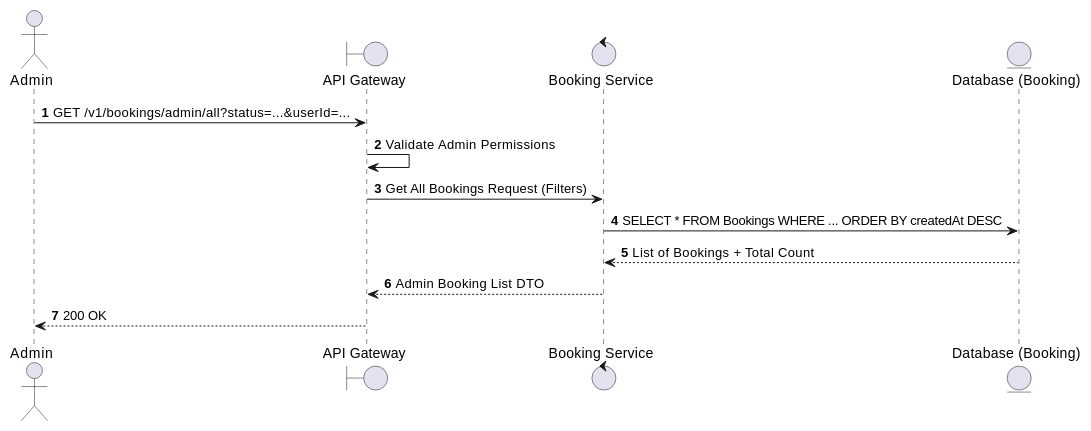
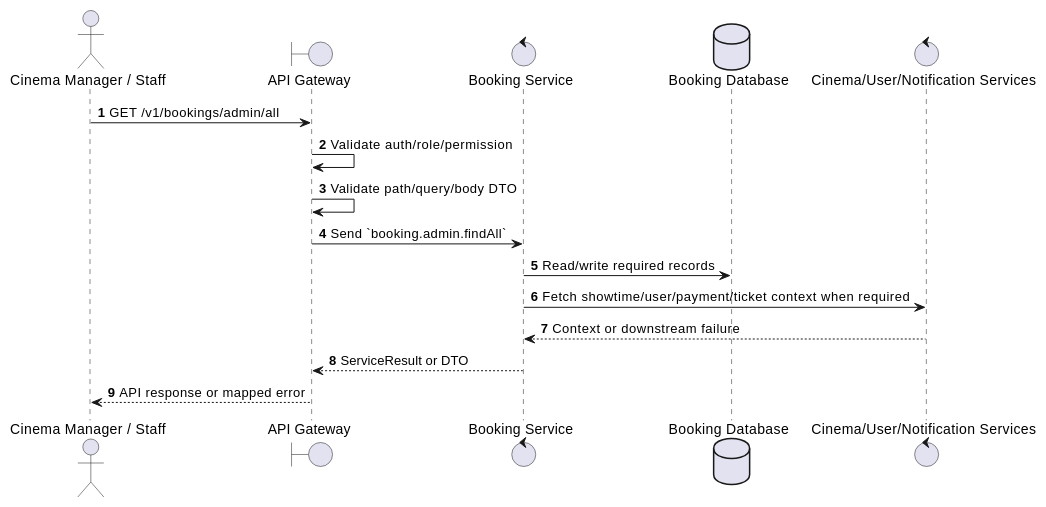
Before and after one commit to Tanh1603/movie-hub-architecture: the first of 2 diagrams in docs/functional_specs/3.5.2_Admin_Booking_Operations/BK-A01_Admin_List_All_Bookings.md, drawn with PlantUML. The commit also changed other lines of this file and 126 other files, not shown here.

````diff
--- a/docs/functional_specs/3.5.2_Admin_Booking_Operations/BK-A01_Admin_List_All_Bookings.md
+++ b/docs/functional_specs/3.5.2_Admin_Booking_Operations/BK-A01_Admin_List_All_Bookings.md
@@ -17,17 +17,20 @@
 ```plantuml
 @startuml
 autonumber
-actor Admin
+actor "Cinema Manager / Staff" as Actor
 boundary "API Gateway" as GW
-control "Booking Service" as BS
-entity "Database (Booking)" as DB
+control "Booking Service" as SVC
+database "Booking Database" as DB
+control "Cinema/User/Notification Services" as EXT
 
-Admin -> GW: GET /v1/bookings/admin/all?status=...&userId=...
-GW -> GW: Validate Admin Permissions
-GW -> BS: Get All Bookings Request (Filters)
-BS -> DB: SELECT * FROM Bookings WHERE ... ORDER BY createdAt DESC
-DB --> BS: List of Bookings + Total Count
-BS --> GW: Admin Booking List DTO
-GW --> Admin: 200 OK
+Actor -> GW: GET /v1/bookings/admin/all
+GW -> GW: Validate auth/role/permission
+GW -> GW: Validate path/query/body DTO
+GW -> SVC: Send `booking.admin.findAll`
+SVC -> DB: Read/write required records
+SVC -> EXT: Fetch showtime/user/payment/ticket context when required
+EXT --> SVC: Context or downstream failure
+SVC --> GW: ServiceResult or DTO
+GW --> Actor: API response or mapped error
 @enduml
 ```
````
